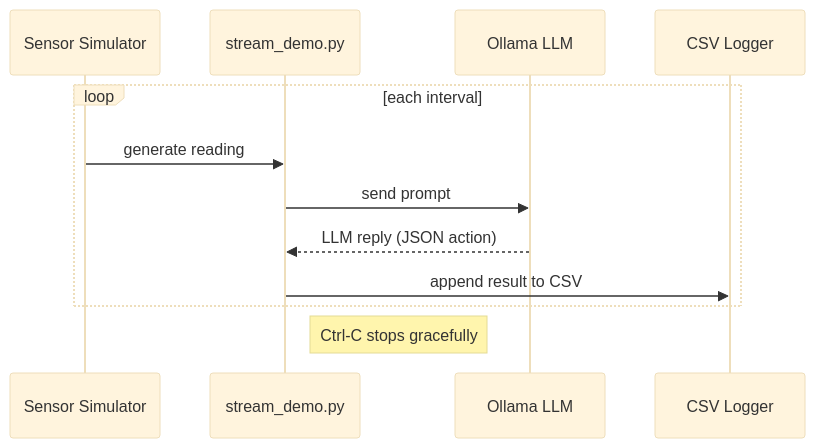
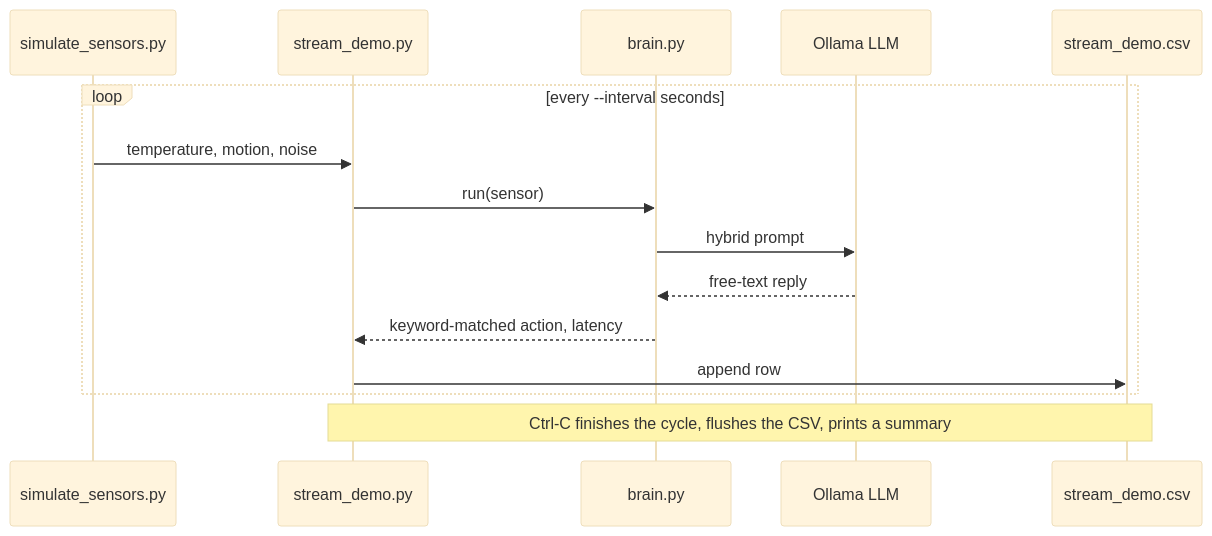
One commit to sadra-fa/EdgeIOT changed the third of 6 diagrams in diagrams.md. Above: the diagram before and after it, drawn with Mermaid (base theme). The commit also changed other lines of this file and 278 other files, not shown here.

````diff
--- a/diagrams.md
+++ b/diagrams.md
@@ -22,14 +56,17 @@
 ```mermaid
 sequenceDiagram
-    participant S as Sensor Simulator
+    participant S as simulate_sensors.py
     participant P as stream_demo.py
+    participant B as brain.py
     participant M as Ollama LLM
-    participant L as CSV Logger
-    loop each interval
-        S->>P: generate reading
-        P->>M: send prompt
-        M-->>P: LLM reply (JSON action)
-        P->>L: append result to CSV
+    participant L as stream_demo.csv
+    loop every --interval seconds
+        S->>P: temperature, motion, noise
+        P->>B: run(sensor)
+        B->>M: hybrid prompt
+        M-->>B: free-text reply
+        B-->>P: keyword-matched action, latency
+        P->>L: append row
     end
-    Note right of P: Ctrl‑C stops gracefully
+    Note over P,L: Ctrl-C finishes the cycle, flushes the CSV, prints a summary
 ```
````
